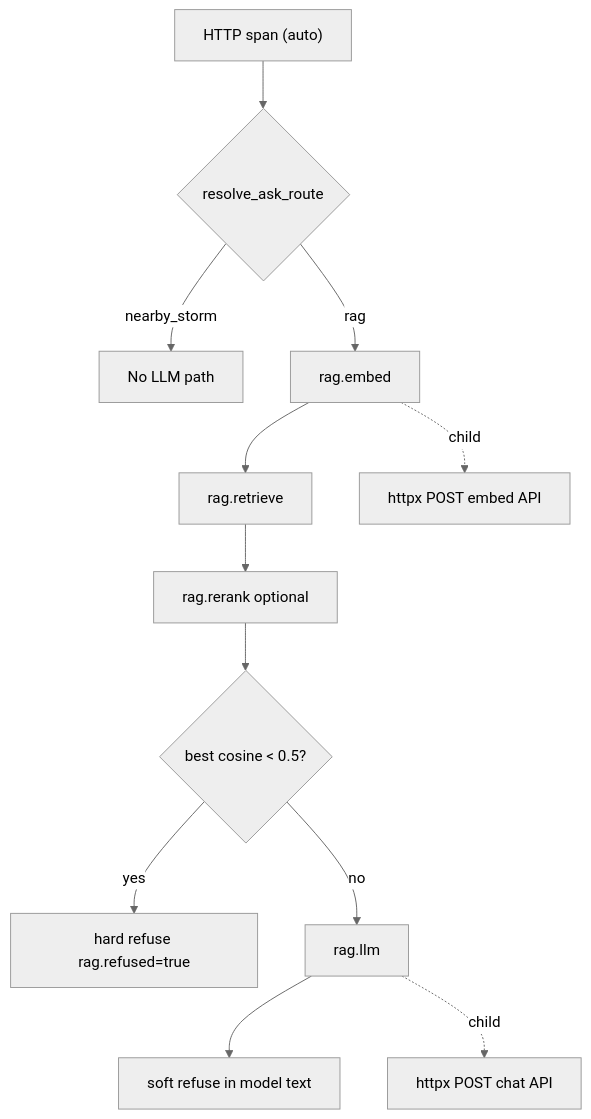
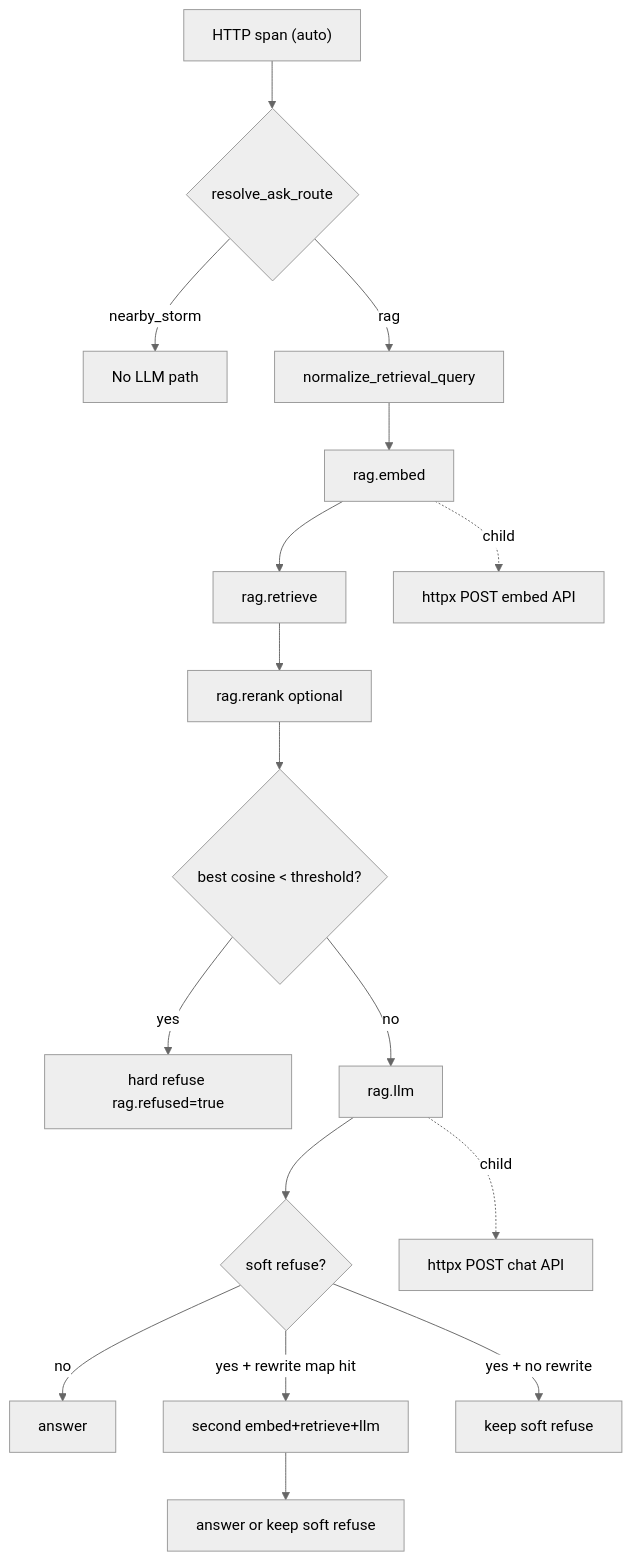
One commit to rclarke009/verbiage changed the diagram in docs/otel-architecture.md. Above: the diagram before and after it, drawn with Mermaid (neutral theme). The commit also changed other lines of this file and 5 other files, not shown here.

First line of the commit message:
Document query normalize and rewrite-once corrective in Ask docs.

````diff
--- a/docs/otel-architecture.md
+++ b/docs/otel-architecture.md
@@ -18,14 +18,19 @@
 ```mermaid
 flowchart TD
     HTTP["HTTP span (auto)"] --> Route{resolve_ask_route}
     Route -->|nearby_storm| Storm[No LLM path]
-    Route -->|rag| Embed[rag.embed]
+    Route -->|rag| Norm[normalize_retrieval_query]
+    Norm --> Embed[rag.embed]
     Embed --> Retrieve[rag.retrieve]
     Retrieve --> Rerank[rag.rerank optional]
-    Rerank --> Gate{best cosine < 0.5?}
+    Rerank --> Gate{best cosine < threshold?}
     Gate -->|yes| HardRefuse[hard refuse rag.refused=true]
     Gate -->|no| LLM[rag.llm]
-    LLM --> SoftRefuse[soft refuse in model text]
+    LLM --> Soft{soft refuse?}
+    Soft -->|no| Done[answer]
+    Soft -->|yes + rewrite map hit| Retry[second embed+retrieve+llm]
+    Soft -->|yes + no rewrite| SoftDone[keep soft refuse]
+    Retry --> DoneRetry[answer or keep soft refuse]
     Embed -.->|child| HttpxEmbed[httpx POST embed API]
     LLM -.->|child| HttpxLLM[httpx POST chat API]
 ```
````
